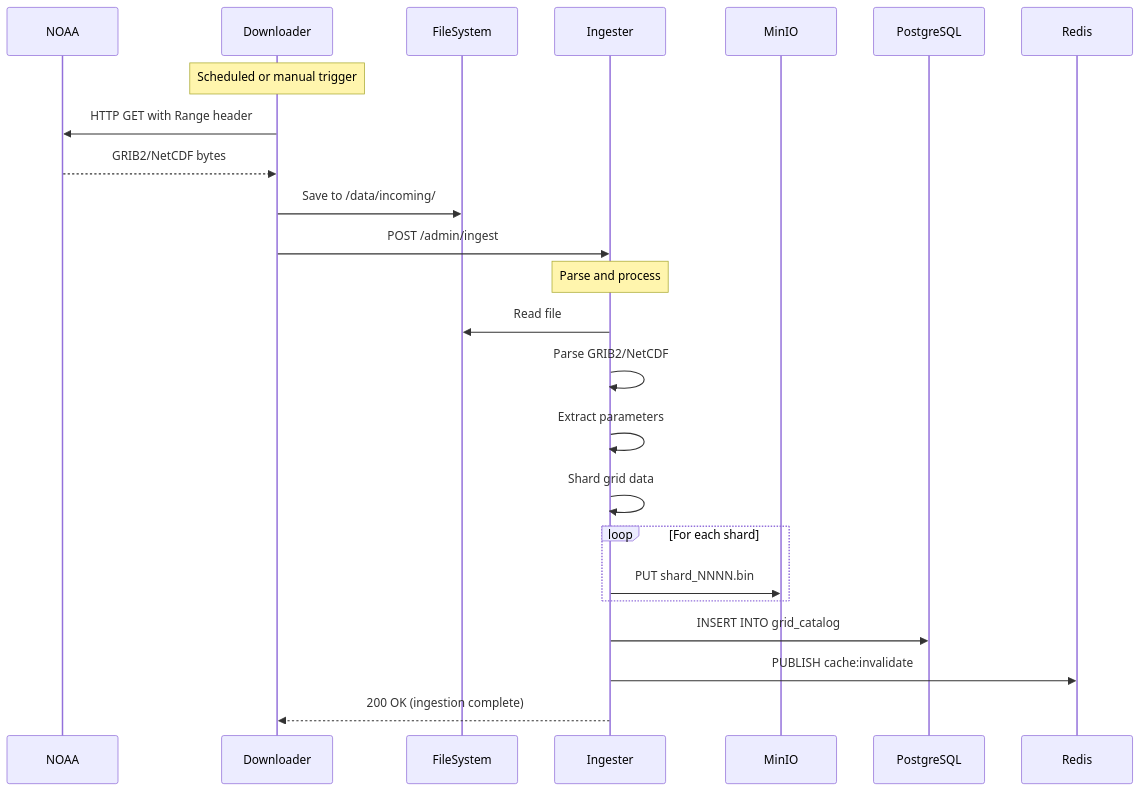
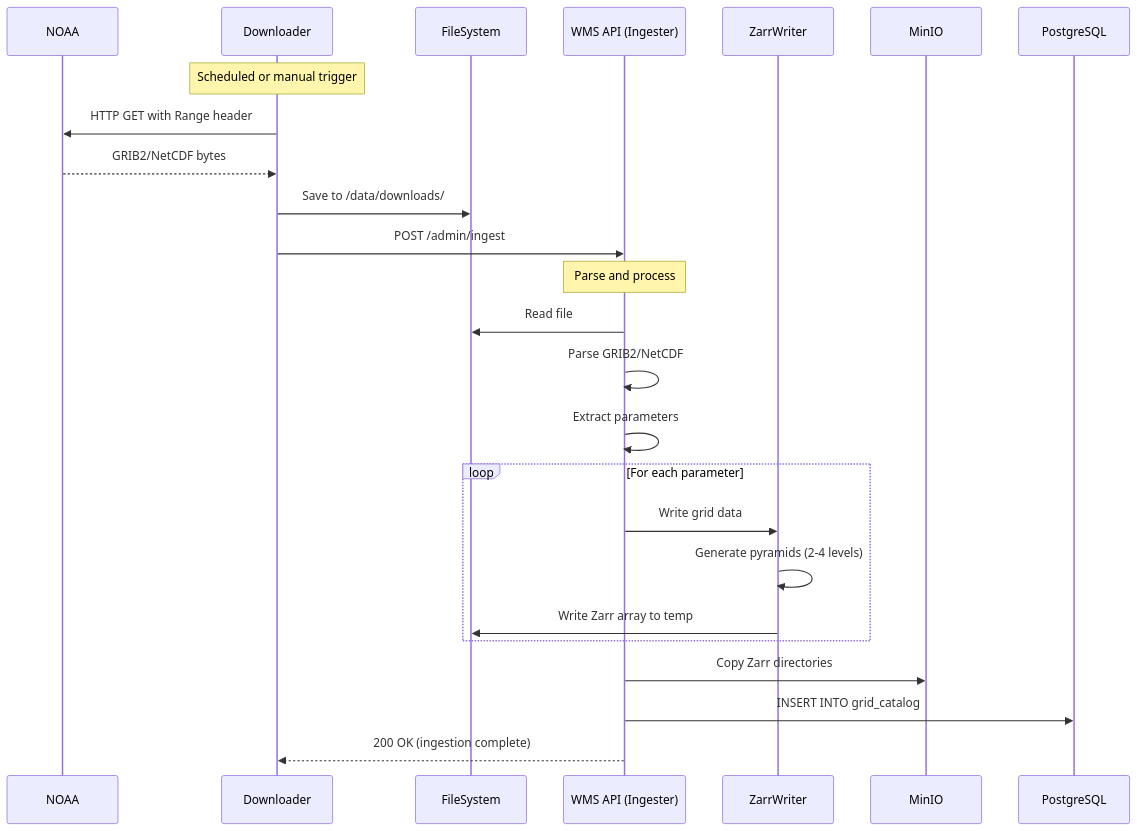
One commit to JoegottabeGitenme/JoeGCServices changed the first of 2 diagrams in docs/src/architecture/data-flow.md. Above: the diagram before and after it, drawn with Mermaid. The commit also changed other lines of this file and 9 other files, not shown here.

Commit message:
fixed up the rest of the GFS layers and levels updated docs with some stuff about zarr pyramid tiling and grid processor among other bits

````diff
--- a/docs/src/architecture/data-flow.md
+++ b/docs/src/architecture/data-flow.md
@@ -11,30 +11,31 @@
 ```mermaid
 sequenceDiagram
     participant NOAA
     participant Downloader
     participant FileSystem
-    participant Ingester
+    participant WmsApi as WMS API (Ingester)
+    participant ZarrWriter
     participant MinIO
     participant PostgreSQL
-    participant Redis
     
     Note over Downloader: Scheduled or manual trigger
     Downloader->>NOAA: HTTP GET with Range header
     NOAA-->>Downloader: GRIB2/NetCDF bytes
-    Downloader->>FileSystem: Save to /data/incoming/
-    Downloader->>Ingester: POST /admin/ingest
+    Downloader->>FileSystem: Save to /data/downloads/
+    Downloader->>WmsApi: POST /admin/ingest
     
-    Note over Ingester: Parse and process
-    Ingester->>FileSystem: Read file
-    Ingester->>Ingester: Parse GRIB2/NetCDF
-    Ingester->>Ingester: Extract parameters
-    Ingester->>Ingester: Shard grid data
+    Note over WmsApi: Parse and process
+    WmsApi->>FileSystem: Read file
+    WmsApi->>WmsApi: Parse GRIB2/NetCDF
+    WmsApi->>WmsApi: Extract parameters
     
-    loop For each shard
-        Ingester->>MinIO: PUT shard_NNNN.bin
+    loop For each parameter
+        WmsApi->>ZarrWriter: Write grid data
+        ZarrWriter->>ZarrWriter: Generate pyramids (2-4 levels)
+        ZarrWriter->>FileSystem: Write Zarr array to temp
     end
     
-    Ingester->>PostgreSQL: INSERT INTO grid_catalog
-    Ingester->>Redis: PUBLISH cache:invalidate
-    Ingester-->>Downloader: 200 OK (ingestion complete)
+    WmsApi->>MinIO: Copy Zarr directories
+    WmsApi->>PostgreSQL: INSERT INTO grid_catalog
+    WmsApi-->>Downloader: 200 OK (ingestion complete)
 ```
````
